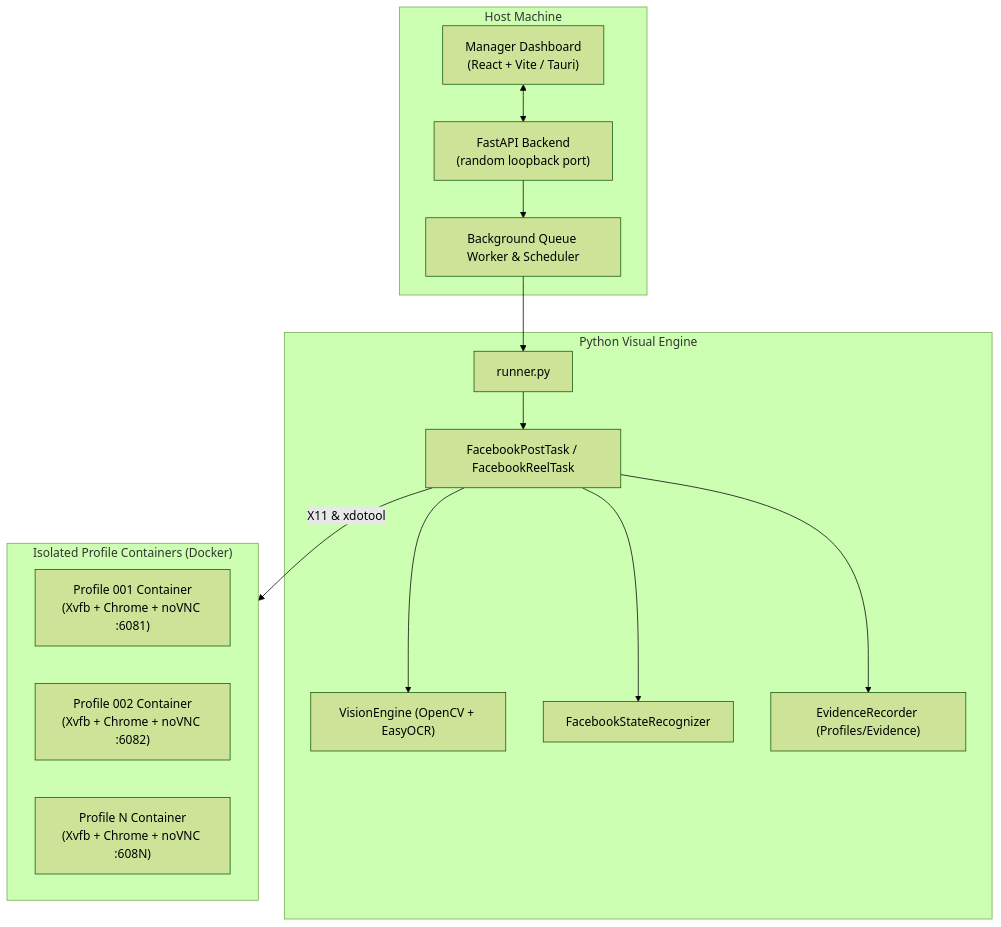
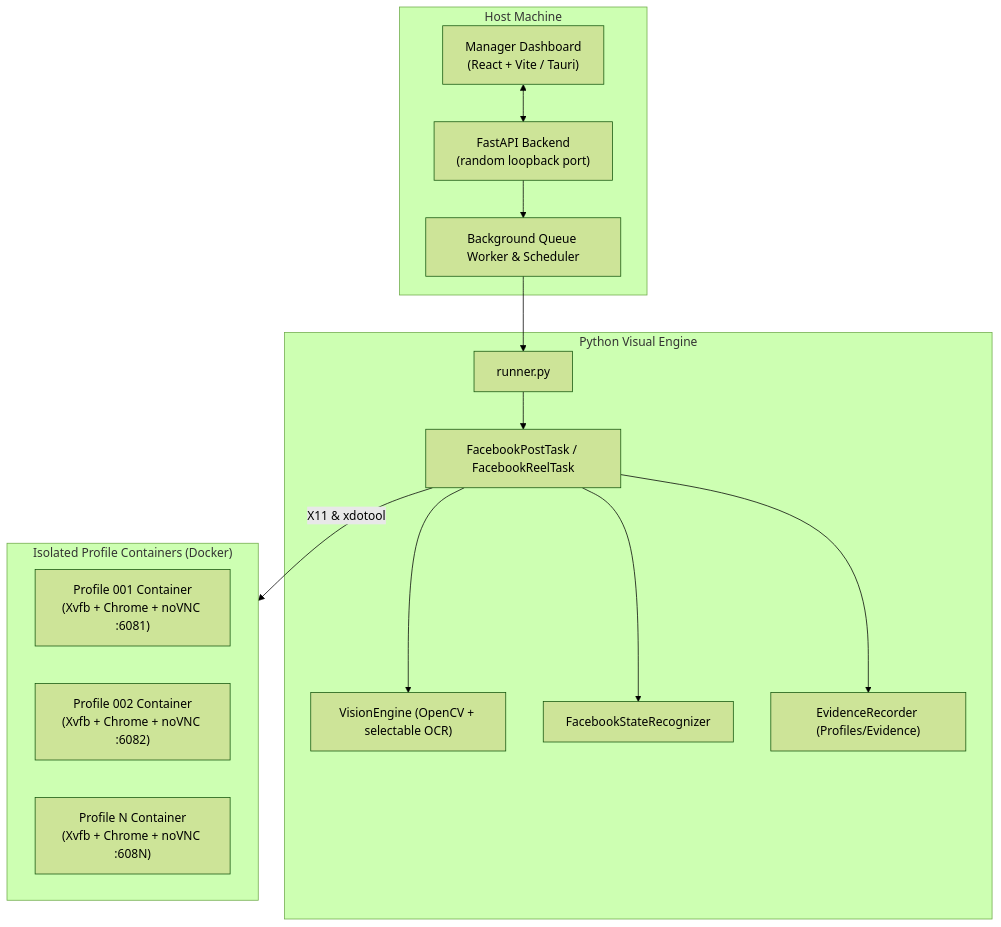
Before and after one commit to rathana-pvs/anti_bot_browser: the diagram in README.md, drawn with Mermaid (forest theme). The commit also changed other lines of this file and 42 other files, not shown here.

Commit message:
Release 1.1.4 with selectable OCR engines and timestamp parsing

````diff
--- a/README.md
+++ b/README.md
@@ -45,31 +45,31 @@
 ```mermaid
 flowchart TD
     subgraph Host["Host Machine"]
         ManagerApp["Manager Dashboard<br/>(React + Vite / Tauri)"]
         Backend["FastAPI Backend<br/>(random loopback port)"]
         QueueWorker["Background Queue Worker & Scheduler"]
     end
 
     subgraph Automation["Python Visual Engine"]
         Runner["runner.py"]
-        Vision["VisionEngine (OpenCV + EasyOCR)"]
+        Vision["VisionEngine (OpenCV + selectable OCR)"]
         Recognizer["FacebookStateRecognizer"]
         Evidence["EvidenceRecorder (Profiles/Evidence)"]
         Tasks["FacebookPostTask / FacebookReelTask"]
     end
 
     subgraph Containers["Isolated Profile Containers (Docker)"]
         Profile1["Profile 001 Container<br/>(Xvfb + Chrome + noVNC :6081)"]
         Profile2["Profile 002 Container<br/>(Xvfb + Chrome + noVNC :6082)"]
         ProfileN["Profile N Container<br/>(Xvfb + Chrome + noVNC :608N)"]
     end
 
     ManagerApp <--> Backend
     Backend --> QueueWorker
     QueueWorker --> Runner
     Runner --> Tasks
     Tasks --> Vision
     Tasks --> Recognizer
     Tasks --> Evidence
     Tasks -- "X11 & xdotool" --> Containers
 ```
````
